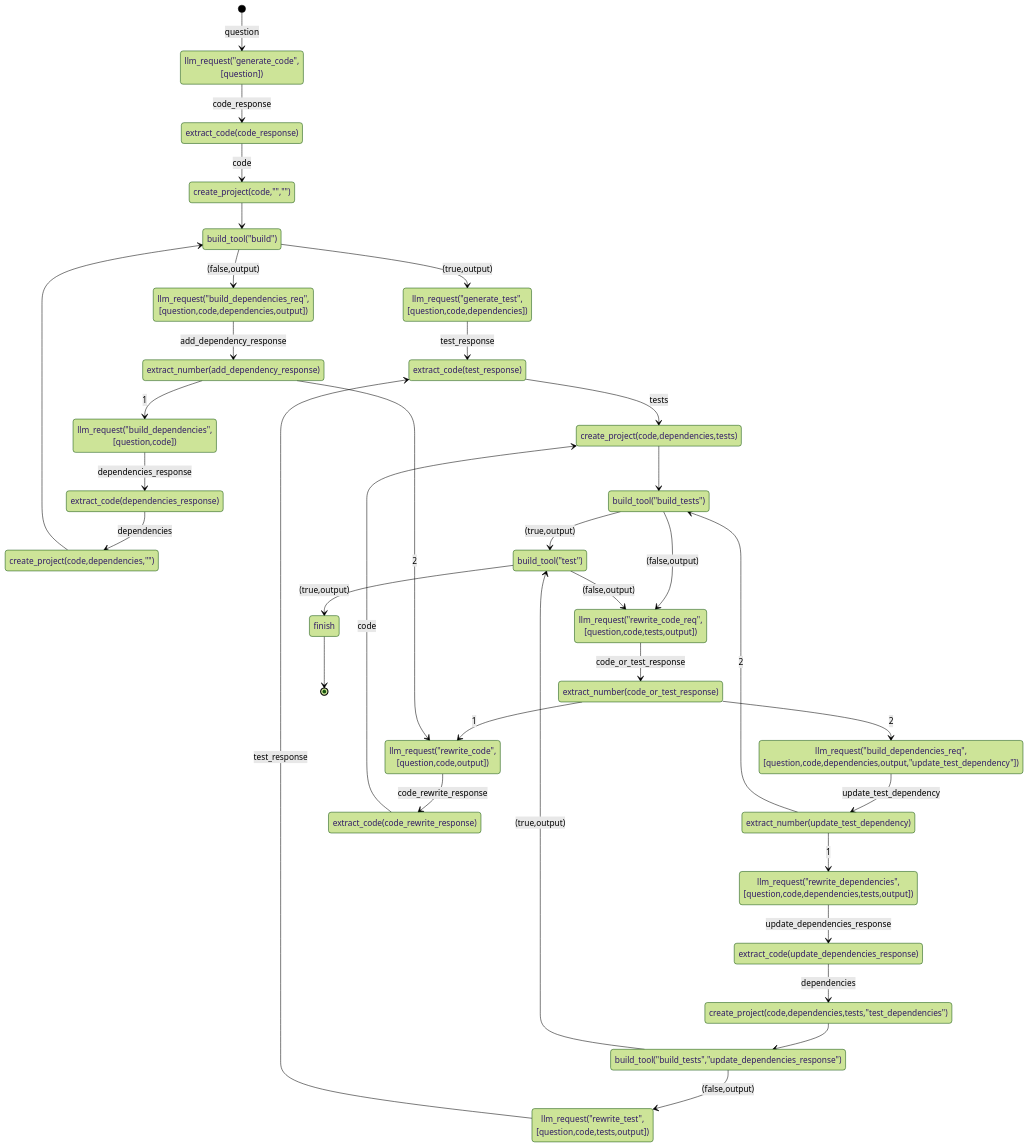
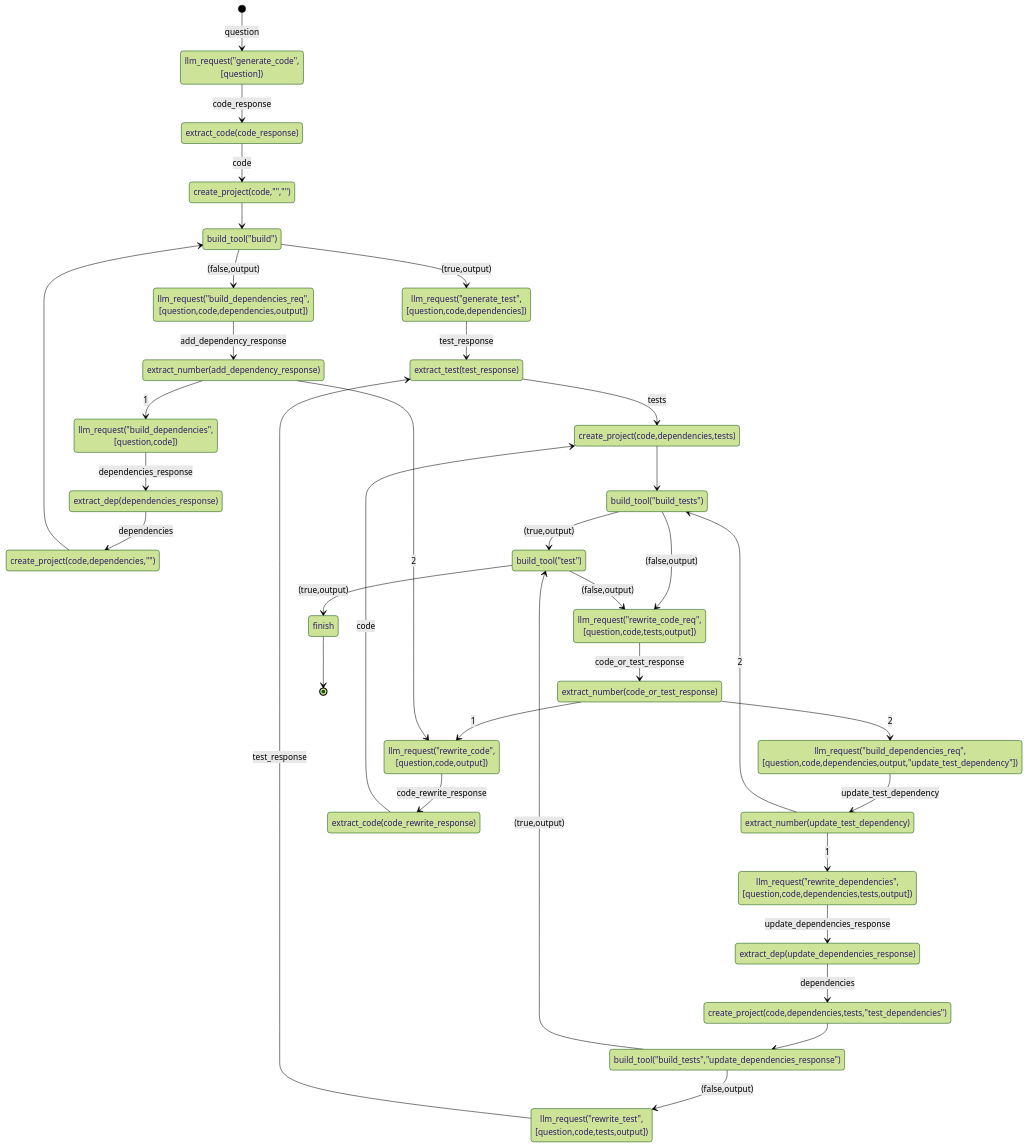
The diagram in logic.md (rizgan/LLM-Logic-Exec-Verify), drawn with Mermaid (forest theme) before and after one commit. The commit also changed 6 other files, not shown here.

````diff
--- a/logic.md
+++ b/logic.md
@@ -1,37 +1,37 @@
 ```mermaid
 stateDiagram
 [*] --> llm_request("generate_code",[question]) : question
 llm_request("generate_code",[question]) --> extract_code(code_response) : code_response
 extract_code(code_response) --> create_project(code,"","") : code
 create_project(code,"","") --> build_tool("build")
 create_project(code,dependencies,"") --> build_tool("build")
 create_project(code,dependencies,tests) --> build_tool("build_tests")
 build_tool("build_tests") --> build_tool("test") : (true,output)
 build_tool("build_tests") --> llm_request("rewrite_code_req",[question,code,tests,output]) : (false,output)
 build_tool("test") --> finish : (true,output)
 build_tool("test") --> llm_request("rewrite_code_req",[question,code,tests,output]) : (false,output)
 llm_request("rewrite_code_req",[question,code,tests,output]) --> extract_number(code_or_test_response) : code_or_test_response
 extract_number(code_or_test_response) --> llm_request("rewrite_code",[question,code,output]) : 1
 extract_number(code_or_test_response) -->  llm_request("build_dependencies_req",[question,code,dependencies,output,"update_test_dependency"]): 2
 llm_request("build_dependencies_req",[question,code,dependencies,output,"update_test_dependency"]) --> extract_number(update_test_dependency) : update_test_dependency
 extract_number(update_test_dependency) --> llm_request("rewrite_dependencies",[question,code,dependencies,tests,output]) : 1
 extract_number(update_test_dependency) --> build_tool("build_tests") : 2
-llm_request("rewrite_dependencies",[question,code,dependencies,tests,output]) --> extract_code(update_dependencies_response) : update_dependencies_response
-extract_code(update_dependencies_response) --> create_project(code,dependencies,tests,"test_dependencies") : dependencies
+llm_request("rewrite_dependencies",[question,code,dependencies,tests,output]) --> extract_dep(update_dependencies_response) : update_dependencies_response
+extract_dep(update_dependencies_response) --> create_project(code,dependencies,tests,"test_dependencies") : dependencies
 create_project(code,dependencies,tests,"test_dependencies") --> build_tool("build_tests","update_dependencies_response")
 build_tool("build_tests","update_dependencies_response") --> build_tool("test"): (true,output)
 build_tool("build_tests","update_dependencies_response") --> llm_request("rewrite_test",[question,code,tests,output]): (false,output)
-llm_request("rewrite_test",[question,code,tests,output]) --> extract_code(test_response) : test_response
+llm_request("rewrite_test",[question,code,tests,output]) --> extract_test(test_response) : test_response
 llm_request("rewrite_code",[question,code,output]) --> extract_code(code_rewrite_response) : code_rewrite_response
 extract_code(code_rewrite_response) --> create_project(code,dependencies,tests): code
 build_tool("build") --> llm_request("generate_test",[question,code,dependencies]) : (true,output) 
 build_tool("build") --> llm_request("build_dependencies_req",[question,code,dependencies,output]) : (false,output) 
 llm_request("build_dependencies_req",[question,code,dependencies,output])  --> extract_number(add_dependency_response) : add_dependency_response
 extract_number(add_dependency_response) --> llm_request("rewrite_code",[question,code,output]) : 2
 extract_number(add_dependency_response) --> llm_request("build_dependencies",[question,code]) : 1
-llm_request("build_dependencies",[question,code]) --> extract_code(dependencies_response) : dependencies_response
-extract_code(dependencies_response) --> create_project(code,dependencies,"") : dependencies 
-llm_request("generate_test",[question,code,dependencies]) --> extract_code(test_response) : test_response
-extract_code(test_response) --> create_project(code,dependencies,tests) : tests
+llm_request("build_dependencies",[question,code]) --> extract_dep(dependencies_response) : dependencies_response
+extract_dep(dependencies_response) --> create_project(code,dependencies,"") : dependencies 
+llm_request("generate_test",[question,code,dependencies]) --> extract_test(test_response) : test_response
+extract_test(test_response) --> create_project(code,dependencies,tests) : tests
 finish --> [*]
 ``` 
````
